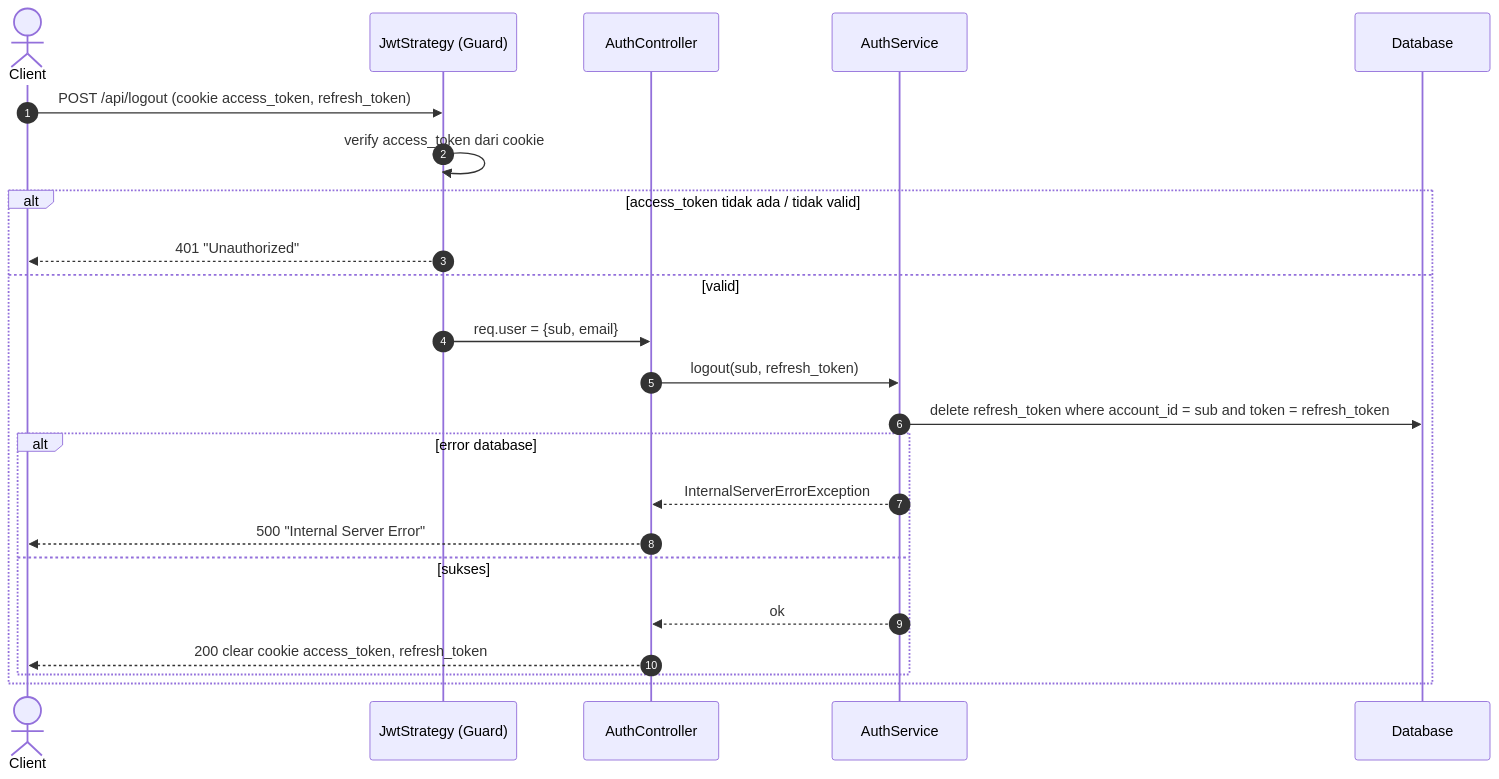
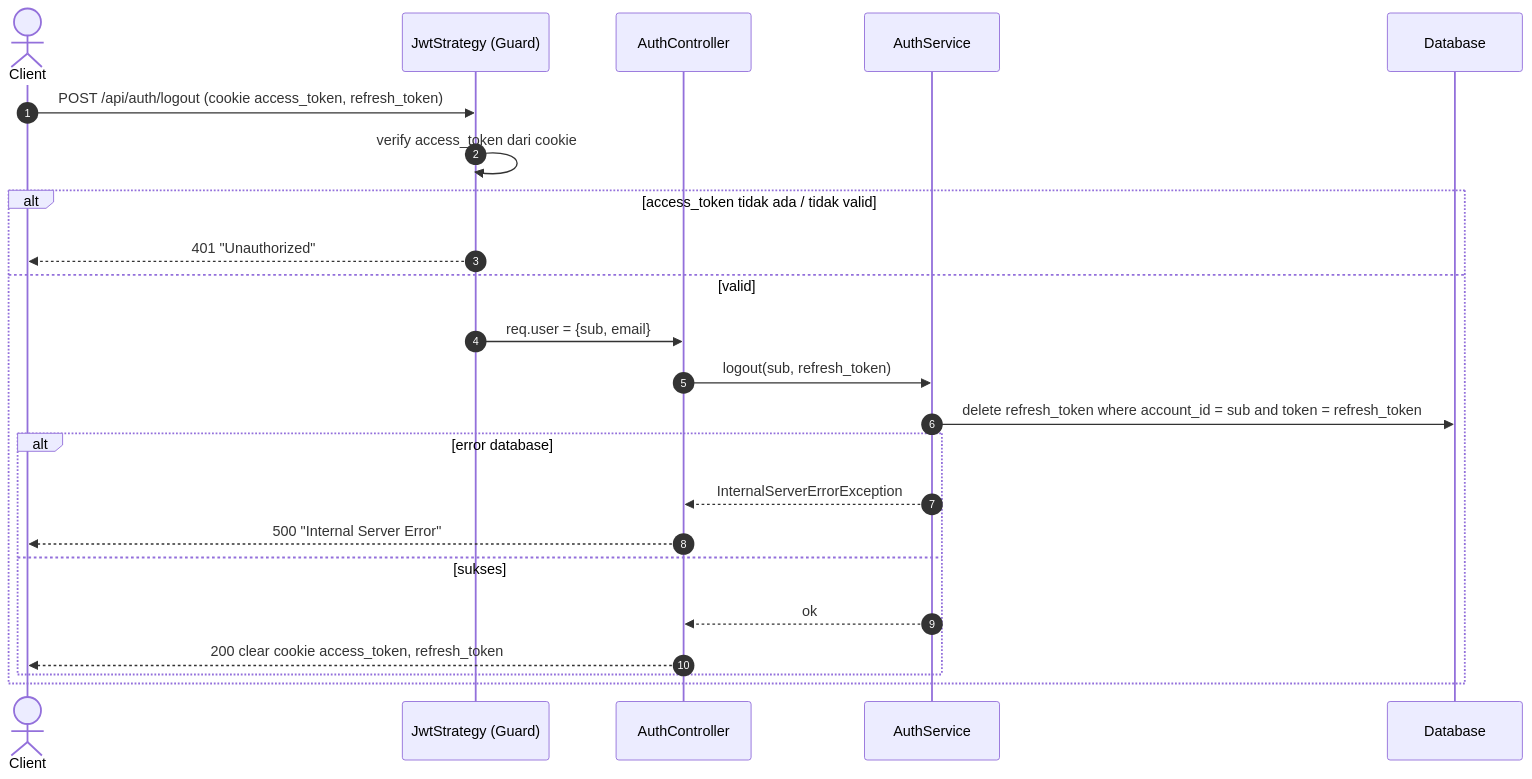
The diagram in docs/uml/src/diagrams/list-diagrams/sequence-logout.mmd (dimstyle/ruang-baca), drawn with Mermaid before and after one commit. The commit also changed 6 other files, not shown here.

Commit message:
fix(auth): move routes under /api/auth and restrict registration to admin

```diff
--- a/docs/uml/src/diagrams/list-diagrams/sequence-logout.mmd
+++ b/docs/uml/src/diagrams/list-diagrams/sequence-logout.mmd
@@ -1,24 +1,24 @@
 sequenceDiagram
     autonumber
     actor C as Client
     participant G as JwtStrategy (Guard)
     participant AC as AuthController
     participant AS as AuthService
     participant DB as Database
 
-    C->>G: POST /api/logout (cookie access_token, refresh_token)
+    C->>G: POST /api/auth/logout (cookie access_token, refresh_token)
     G->>G: verify access_token dari cookie
     alt access_token tidak ada / tidak valid
         G-->>C: 401 "Unauthorized"
     else valid
         G->>AC: req.user = {sub, email}
         AC->>AS: logout(sub, refresh_token)
         AS->>DB: delete refresh_token where account_id = sub and token = refresh_token
         alt error database
             AS-->>AC: InternalServerErrorException
             AC-->>C: 500 "Internal Server Error"
         else sukses
             AS-->>AC: ok
             AC-->>C: 200 clear cookie access_token, refresh_token
         end
     end
```
